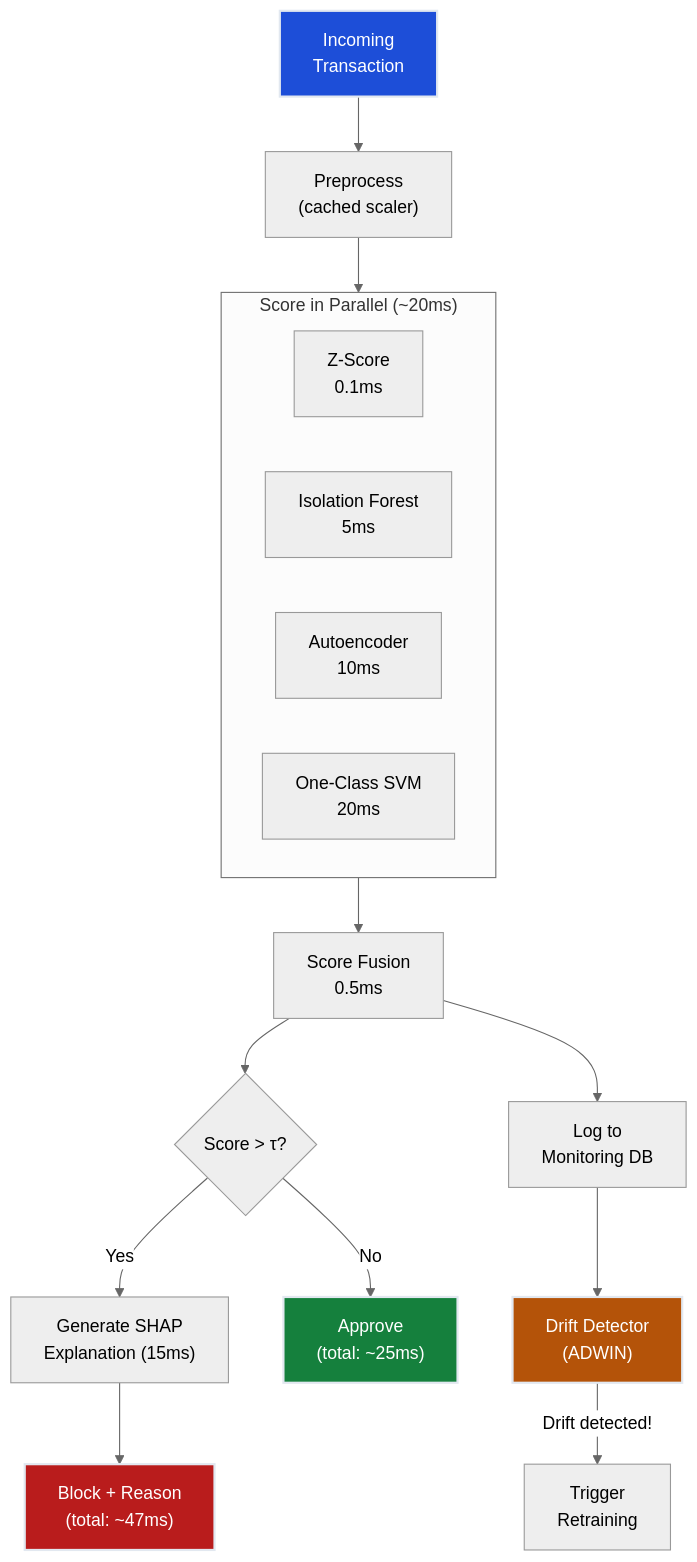
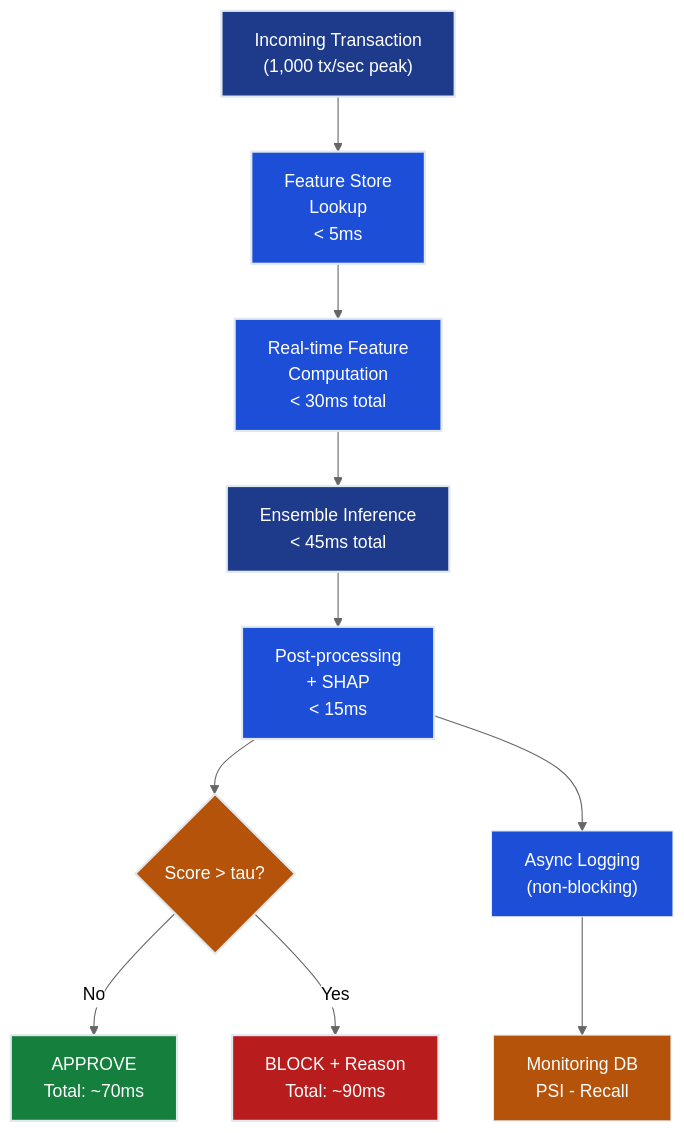
The first of 2 diagrams in notes/01-ml/05_anomaly_detection/ch06_production/README.md (deepakshamsft/ai-portfolio), drawn with Mermaid (neutral theme) before and after one commit. The commit also changed other lines of this file and 727 other files, not shown here.

````diff
--- a/notes/01-ml/05_anomaly_detection/ch06_production/README.md
+++ b/notes/01-ml/05_anomaly_detection/ch06_production/README.md
@@ -215,29 +453,34 @@
 ```mermaid
 flowchart TD
-    TX["Incoming\nTransaction"] --> PREPROCESS["Preprocess\n(cached scaler)"]
-    PREPROCESS --> PAR["Parallel Scoring"]
+    TX["Incoming Transaction\n(1,000 tx/sec peak)"]
+    FS["Feature Store\nLookup\n< 5ms"]
+    RT["Real-time Feature\nComputation\n< 30ms total"]
+    ENS["Ensemble Inference\n< 45ms total"]
+    POST["Post-processing\n+ SHAP\n< 15ms"]
+    DEC{"Score > tau?"}
+    APPROVE["APPROVE\nTotal: ~70ms"]
+    BLOCK["BLOCK + Reason\nTotal: ~90ms"]
+    LOG["Async Logging\n(non-blocking)"]
+    MON["Monitoring DB\nPSI - Recall"]
 
-    subgraph PAR["Score in Parallel (~20ms)"]
-        Z["Z-Score\n0.1ms"]
-        IF["Isolation Forest\n5ms"]
-        AE["Autoencoder\n10ms"]
-        SVM["One-Class SVM\n20ms"]
-    end
+    TX --> FS
+    FS --> RT
+    RT --> ENS
+    ENS --> POST
+    POST --> DEC
+    DEC -->|"No"| APPROVE
+    DEC -->|"Yes"| BLOCK
+    POST --> LOG
+    LOG --> MON
 
-    PAR --> FUSE["Score Fusion\n0.5ms"]
-    FUSE --> DEC{"Score > τ?"}
-
-    DEC -->|"Yes"| EXPLAIN["Generate SHAP\nExplanation (15ms)"]
-    DEC -->|"No"| APPROVE["Approve\n(total: ~25ms)"]
-
-    EXPLAIN --> BLOCK["Block + Reason\n(total: ~47ms)"]
-
-    FUSE --> LOG["Log to\nMonitoring DB"]
-    LOG --> DRIFT["Drift Detector\n(ADWIN)"]
-    DRIFT -->|"Drift detected!"| RETRAIN["Trigger\nRetraining"]
-
-    style TX fill:#1d4ed8,stroke:#e2e8f0,stroke-width:2px,color:#ffffff
+    style TX fill:#1e3a8a,stroke:#e2e8f0,stroke-width:2px,color:#ffffff
+    style FS fill:#1d4ed8,stroke:#e2e8f0,stroke-width:2px,color:#ffffff
+    style RT fill:#1d4ed8,stroke:#e2e8f0,stroke-width:2px,color:#ffffff
+    style ENS fill:#1e3a8a,stroke:#e2e8f0,stroke-width:2px,color:#ffffff
+    style POST fill:#1d4ed8,stroke:#e2e8f0,stroke-width:2px,color:#ffffff
+    style DEC fill:#b45309,stroke:#e2e8f0,stroke-width:2px,color:#ffffff
     style APPROVE fill:#15803d,stroke:#e2e8f0,stroke-width:2px,color:#ffffff
     style BLOCK fill:#b91c1c,stroke:#e2e8f0,stroke-width:2px,color:#ffffff
-    style DRIFT fill:#b45309,stroke:#e2e8f0,stroke-width:2px,color:#ffffff
+    style LOG fill:#1d4ed8,stroke:#e2e8f0,stroke-width:1px,color:#ffffff
+    style MON fill:#b45309,stroke:#e2e8f0,stroke-width:1px,color:#ffffff
 ```
````
